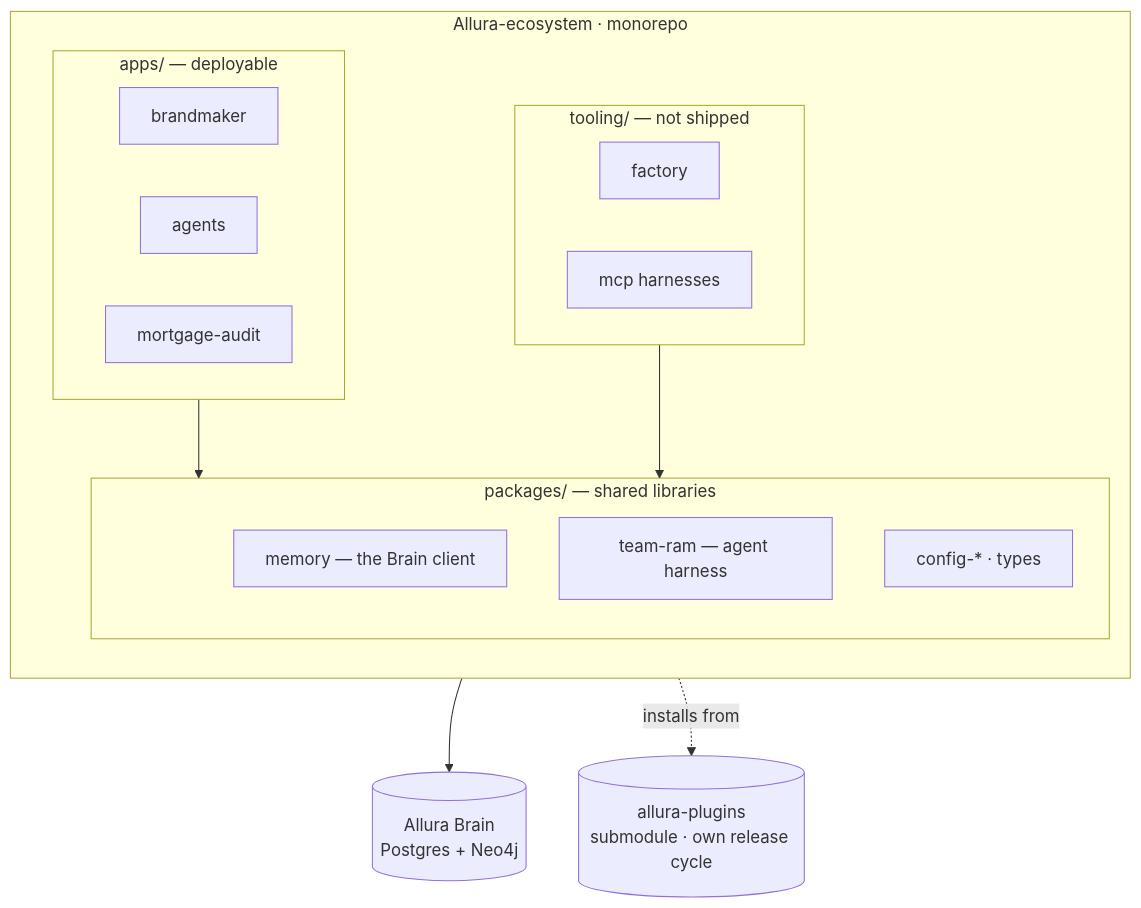
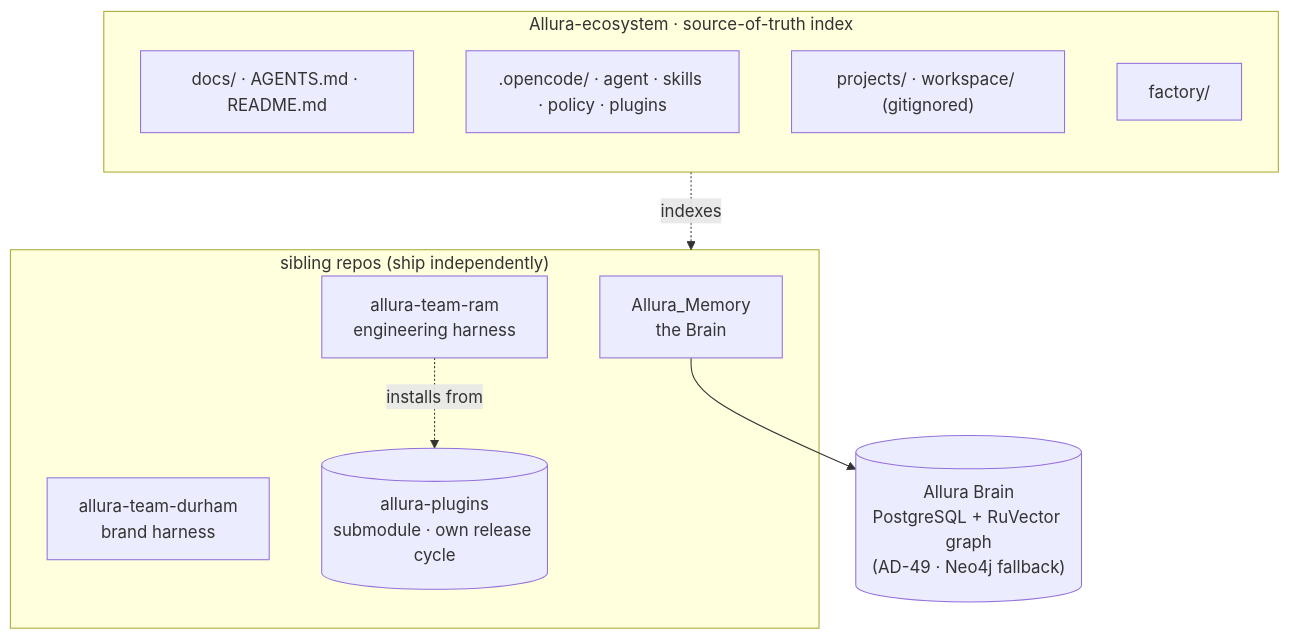
The first of 5 diagrams in docs/ARCHITECTURE.md (Allura-Ecosystem/Allura-ecosystem), drawn with Mermaid before and after one commit. The commit also changed other lines of this file and 101 other files, not shown here.

First line of the commit message:
feat(ecosystem): repo reorg, infographics, desktop extensions, governance docs

````diff
--- a/docs/ARCHITECTURE.md
+++ b/docs/ARCHITECTURE.md
@@ -15,26 +50,20 @@
 ```mermaid
 graph TD
-  subgraph REPO["Allura-ecosystem · monorepo"]
+  subgraph REPO["Allura-ecosystem · source-of-truth index"]
     direction TB
-    subgraph APPS["apps/ — deployable"]
-      BM["brandmaker"]
-      AG["agents"]
-      MA["mortgage-audit"]
-    end
-    subgraph PKG["packages/ — shared libraries"]
-      MEM["memory — the Brain client"]
-      TR["team-ram — agent harness"]
-      CFG["config-* · types"]
-    end
-    subgraph TOOL["tooling/ — not shipped"]
-      FAC["factory"]
-      MCP["mcp harnesses"]
-    end
-    APPS --> PKG
-    TOOL --> PKG
+    DOCS["docs/ · AGENTS.md · README.md"]
+    OP[".opencode/ · agent · skills · policy · plugins"]
+    PROJ["projects/ · workspace/ (gitignored)"]
+    FACTORY["factory/"]
   end
-  PLUG[("allura-plugins<br/>submodule · own release cycle")]
-  BRAIN[("Allura Brain<br/>Postgres + Neo4j")]
+  subgraph REPOS["sibling repos (ship independently)"]
+    MEM["Allura_Memory<br/>the Brain"]
+    TR["allura-team-ram<br/>engineering harness"]
+    TD["allura-team-durham<br/>brand harness"]
+    PLUG[("allura-plugins<br/>submodule · own release cycle")]
+  end
+  BRAIN[("Allura Brain<br/>PostgreSQL + RuVector graph<br/>(AD-49 · Neo4j fallback)")]
   MEM --> BRAIN
-  REPO -. installs from .-> PLUG
+  TR -. installs from .-> PLUG
+  REPO -. indexes .-> REPOS
 ```
````
